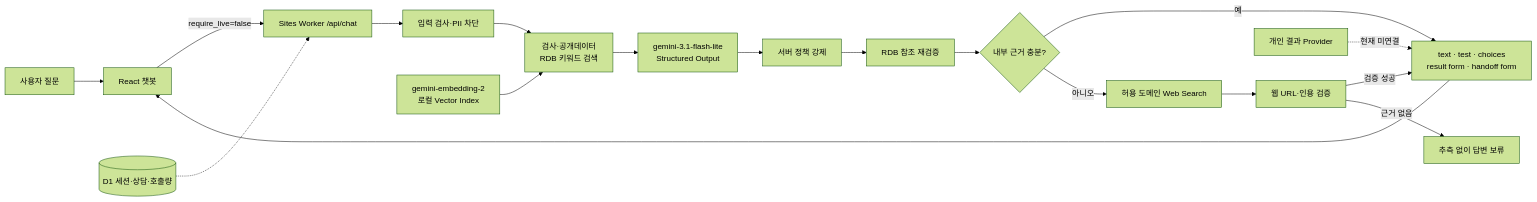
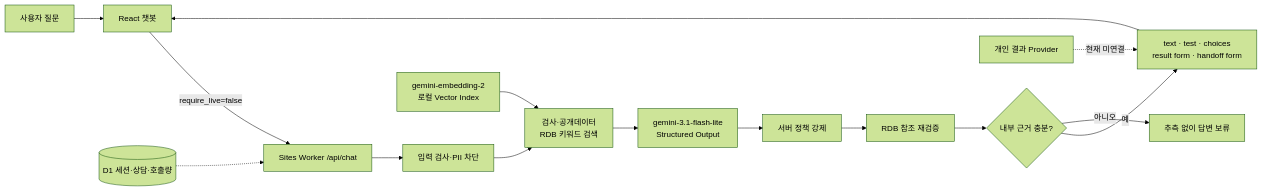
Before and after one commit to choichanwoo001/scl_chatbot: the diagram in README.md, drawn with Mermaid (forest theme). The commit also changed other lines of this file and 64 other files, not shown here.

````diff
--- a/README.md
+++ b/README.md
@@ -41,20 +41,17 @@
 ```mermaid
 flowchart LR
     U[사용자 질문] --> F[React 챗봇]
     F -->|require_live=false| A[Sites Worker /api/chat]
     A --> G[입력 검사·PII 차단]
     G --> R[검사·공개데이터<br/>RDB 키워드 검색]
     V[gemini-embedding-2<br/>로컬 Vector Index] --> R
     R --> M[gemini-3.1-flash-lite<br/>Structured Output]
     M --> P[서버 정책 강제]
     P --> T[RDB 참조 재검증]
     T --> E{내부 근거 충분?}
     E -->|예| O[text · test · choices<br/>result form · handoff form]
-    E -->|아니오| W[허용 도메인 Web Search]
-    W --> C[웹 URL·인용 검증]
-    C -->|검증 성공| O
-    C -->|근거 없음| N[추측 없이 답변 보류]
+    E -->|아니오| N[추측 없이 답변 보류]
     D[(D1 세션·상담·호출량)] -.-> A
     X[개인 결과 Provider] -. 현재 미연결 .-> O
     O --> F
 ```
````
